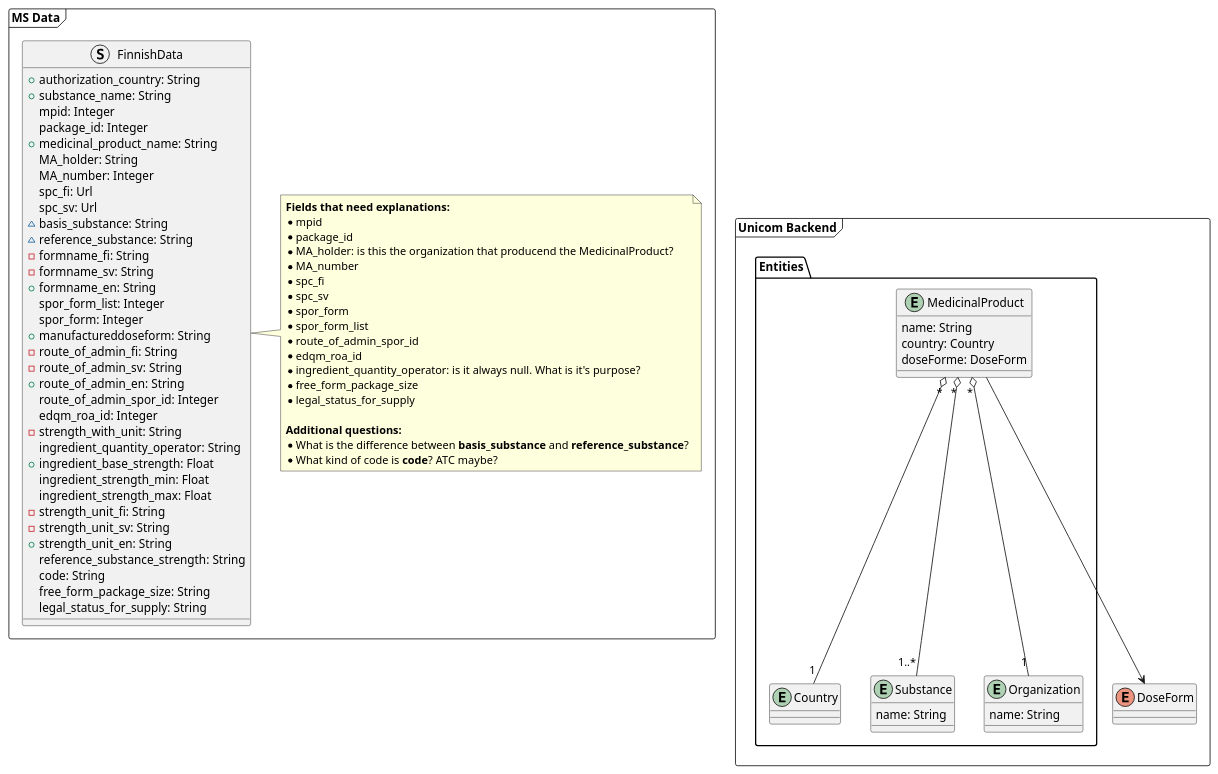
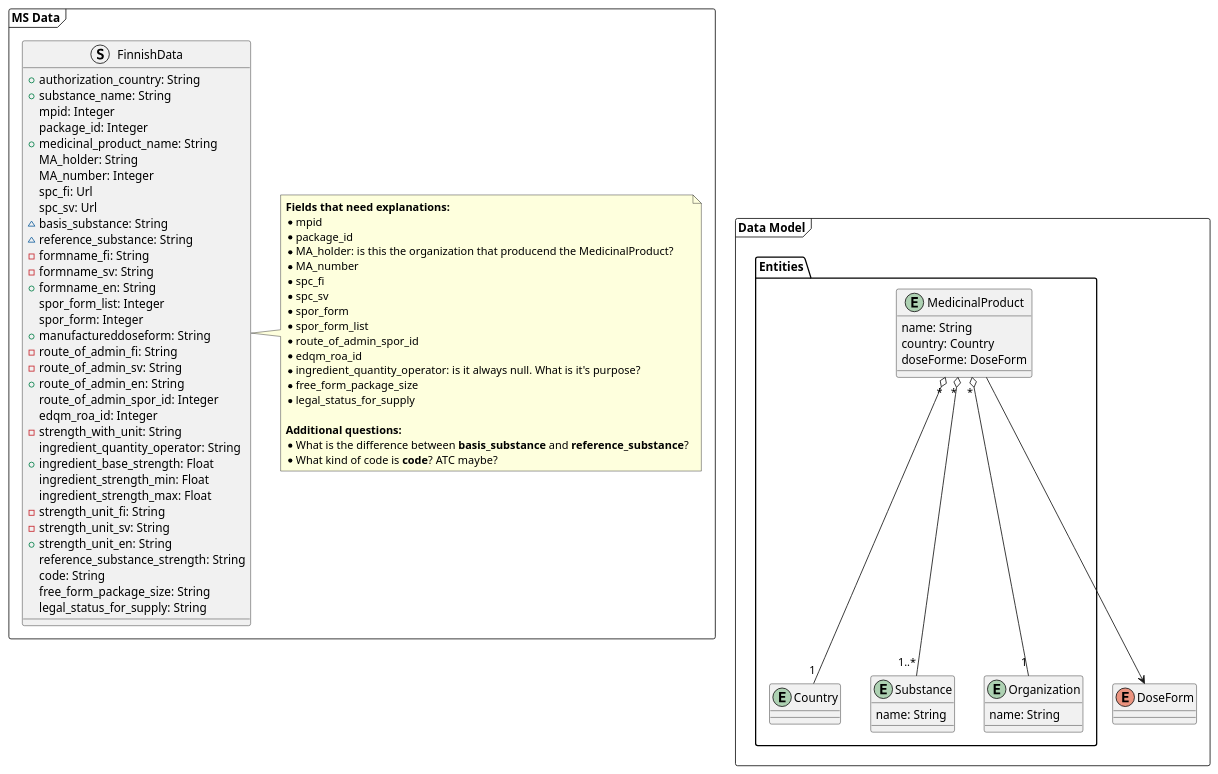
The diagram in uml/datamodel.puml (unicom-project-eu/wp6-db-api), drawn with PlantUML before and after one commit. The commit also changed 3 other files, not shown here.

```diff
--- a/uml/datamodel.puml
+++ b/uml/datamodel.puml
@@ -2,88 +2,88 @@
 @startuml
 package "MS Data" <<frame>> {
     struct FinnishData {
         + authorization_country: String
         + substance_name: String
         mpid: Integer
         package_id: Integer
         + medicinal_product_name: String
         MA_holder: String
         MA_number: Integer
         spc_fi: Url
         spc_sv: Url
         ~ basis_substance: String
         ~ reference_substance: String
         - formname_fi: String
         - formname_sv: String
         + formname_en: String
         spor_form_list: Integer
         spor_form: Integer
         + manufactureddoseform: String
         - route_of_admin_fi: String
         - route_of_admin_sv: String
         + route_of_admin_en: String
         route_of_admin_spor_id: Integer
         edqm_roa_id: Integer
         - strength_with_unit: String
         ingredient_quantity_operator: String
         + ingredient_base_strength: Float
         ingredient_strength_min: Float
         ingredient_strength_max: Float
         - strength_unit_fi: String
         - strength_unit_sv: String
         + strength_unit_en: String
         reference_substance_strength: String
         code: String
         free_form_package_size: String
         legal_status_for_supply: String
     }
 
     note right of FinnishData
         **Fields that need explanations:**
         * mpid
         * package_id
         * MA_holder: is this the organization that producend the MedicinalProduct?
         * MA_number
         * spc_fi
         * spc_sv
         * spor_form
         * spor_form_list
         * route_of_admin_spor_id
         * edqm_roa_id
         * ingredient_quantity_operator: is it always null. What is it's purpose?
         * free_form_package_size
         * legal_status_for_supply
 
         **Additional questions:**
         * What is the difference between **basis_substance** and **reference_substance**?
         * What kind of code is **code**? ATC maybe?
     end note
 }
 
-package "Unicom Backend" <<frame>> {
+package "Data Model" <<frame>> {
     enum DoseForm {}
 
     package Entities {
         entity Country {}
 
         entity Substance {
             name: String
         }
 
         entity MedicinalProduct {
             name: String
             country: Country
             doseForme: DoseForm
         }
 
         entity Organization {
             name: String
         }
 
         MedicinalProduct --> DoseForm
         MedicinalProduct "*" o-- "1" Country
         MedicinalProduct "*" o-- "1" Organization
         MedicinalProduct "*" o-- "1..*" Substance
     }
 }
 @enduml
```
